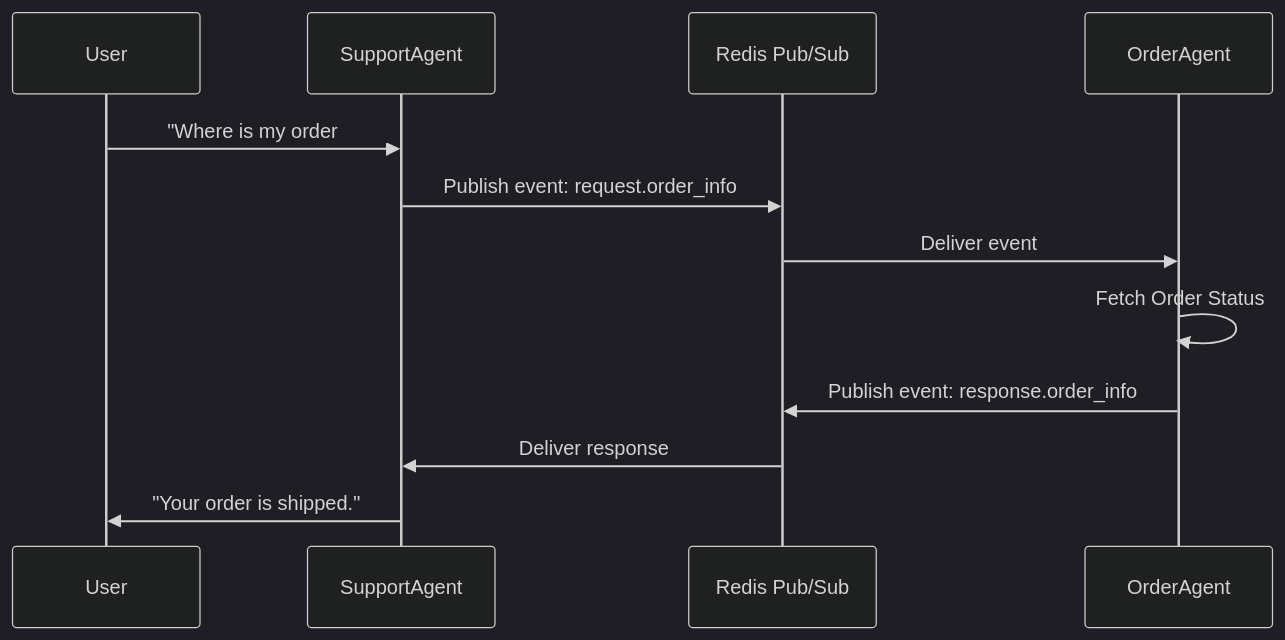
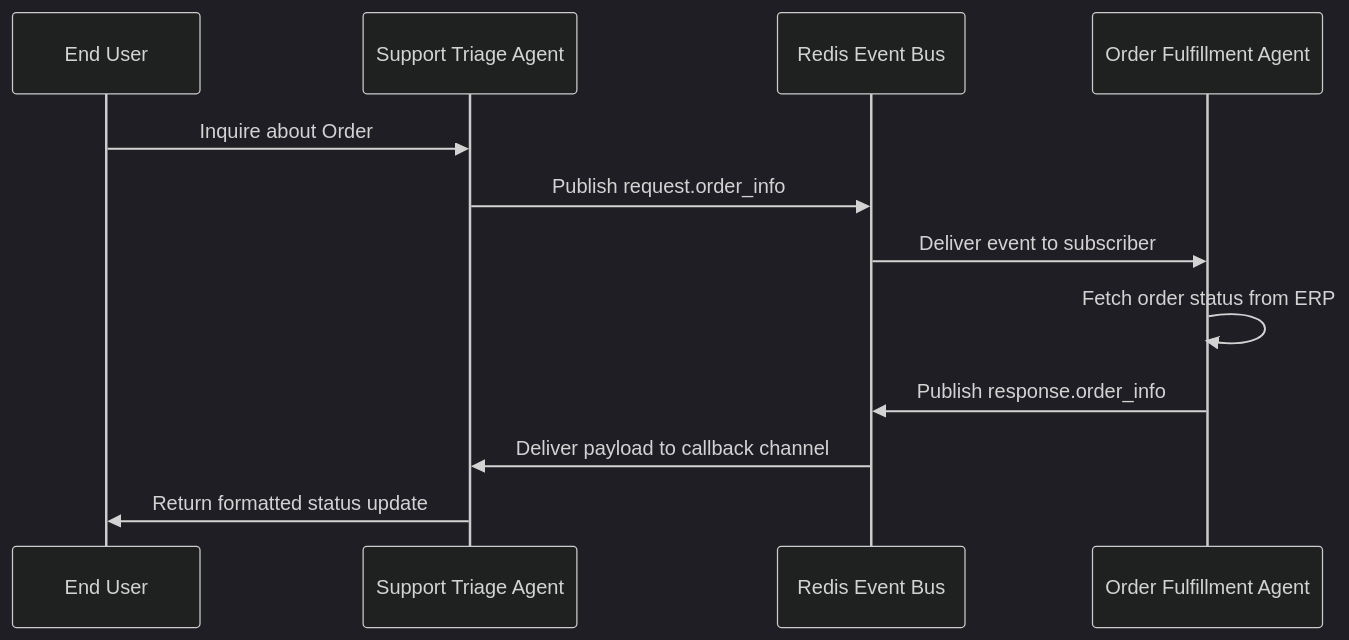
The second of 20 diagrams in genai_enterprise_usecases/ARCHITECTURE_GUIDE.md (sricheru/agentic-ai-portfolio), drawn with Mermaid (dark theme) before and after one commit. The commit also changed other lines of this file, not shown here.

Commit message:
fix(mermaid): resolve dagre-d3 edge collision in all 20 diagrams

````diff
--- a/genai_enterprise_usecases/ARCHITECTURE_GUIDE.md
+++ b/genai_enterprise_usecases/ARCHITECTURE_GUIDE.md
@@ -32,14 +32,14 @@
 ```mermaid
 sequenceDiagram
-    participant User
-    participant SupportAgent
-    participant Redis as Redis Pub/Sub
-    participant OrderAgent
-    User->>SupportAgent: "Where is my order #123?"
-    SupportAgent->>Redis: Publish event: request.order_info
-    Redis->>OrderAgent: Deliver event
-    OrderAgent->>OrderAgent: Fetch Order Status
-    OrderAgent->>Redis: Publish event: response.order_info
-    Redis->>SupportAgent: Deliver response
-    SupportAgent->>User: "Your order is shipped."
+    participant User as End User
+    participant SupportAgent as Support Triage Agent
+    participant Bus as Redis Event Bus
+    participant OrderAgent as Order Fulfillment Agent
+    User->>SupportAgent: Inquire about Order #123
+    SupportAgent->>Bus: Publish request.order_info
+    Bus->>OrderAgent: Deliver event to subscriber
+    OrderAgent->>OrderAgent: Fetch order status from ERP
+    OrderAgent->>Bus: Publish response.order_info
+    Bus->>SupportAgent: Deliver payload to callback channel
+    SupportAgent->>User: Return formatted status update
 ```
````
